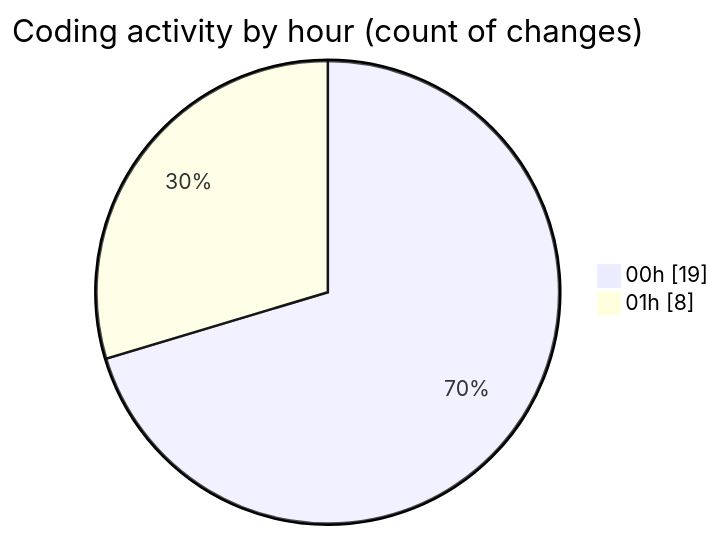
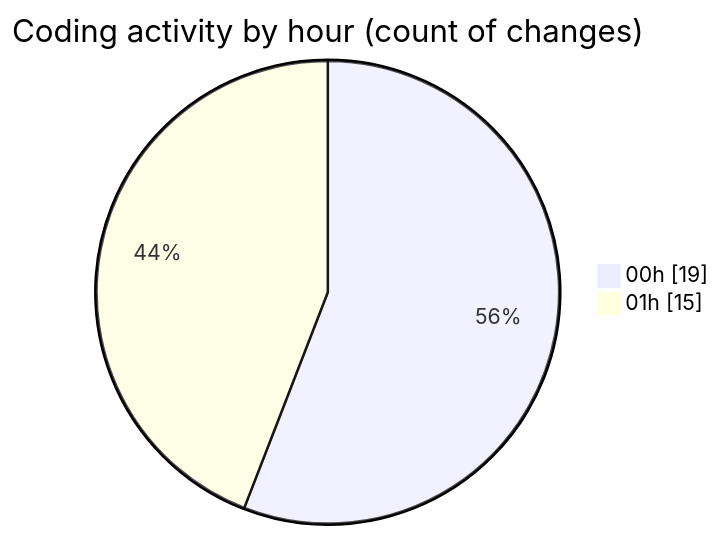
One commit to lephambinh05/code-tracking changed the second of 2 diagrams in 2025-07-25/quanlyrapchieuphim-1/README.md. Above: the diagram before and after it, drawn with Mermaid. The commit also changed other lines of this file and 1 other file, not shown here.

````diff
--- a/2025-07-25/quanlyrapchieuphim-1/README.md
+++ b/2025-07-25/quanlyrapchieuphim-1/README.md
@@ -32,6 +32,6 @@
 ```mermaid
 pie showData
 title Coding activity by hour (count of changes)
 "00h" : 19
-"01h" : 8
+"01h" : 15
 ```
````
